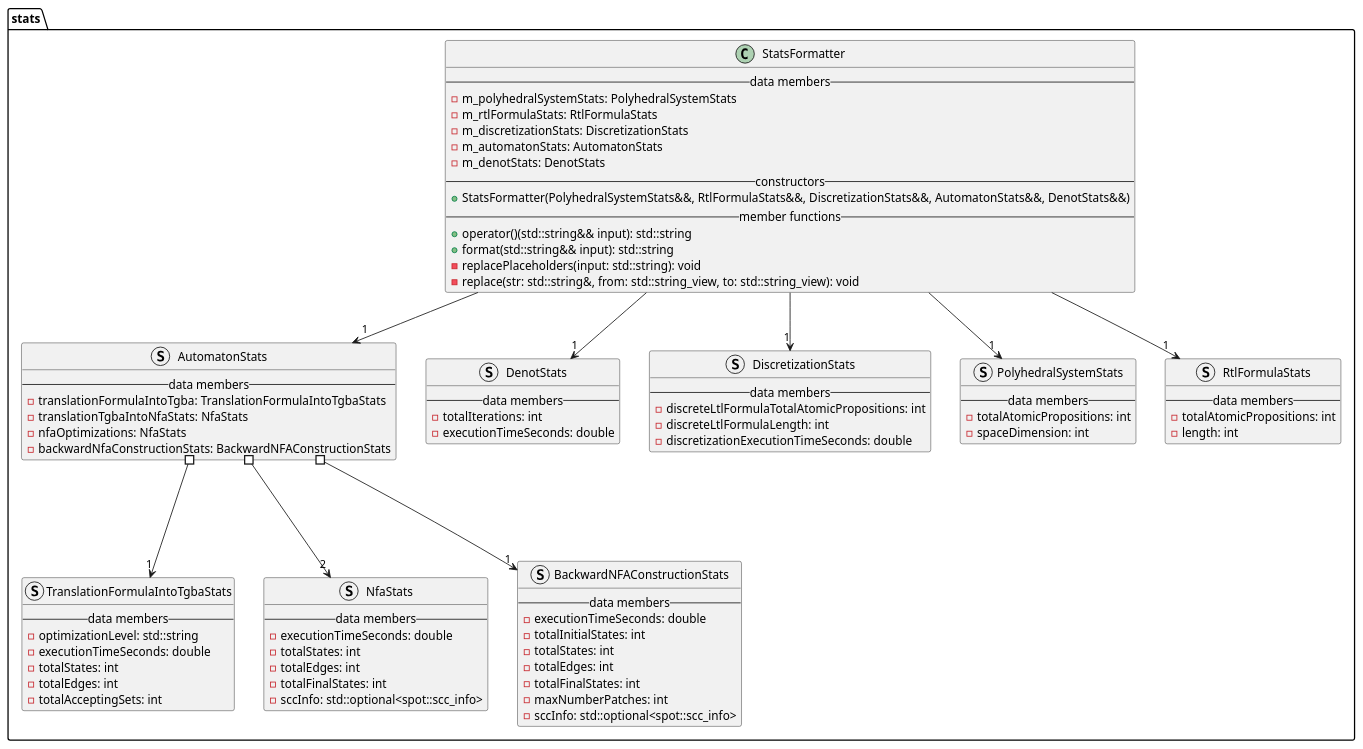
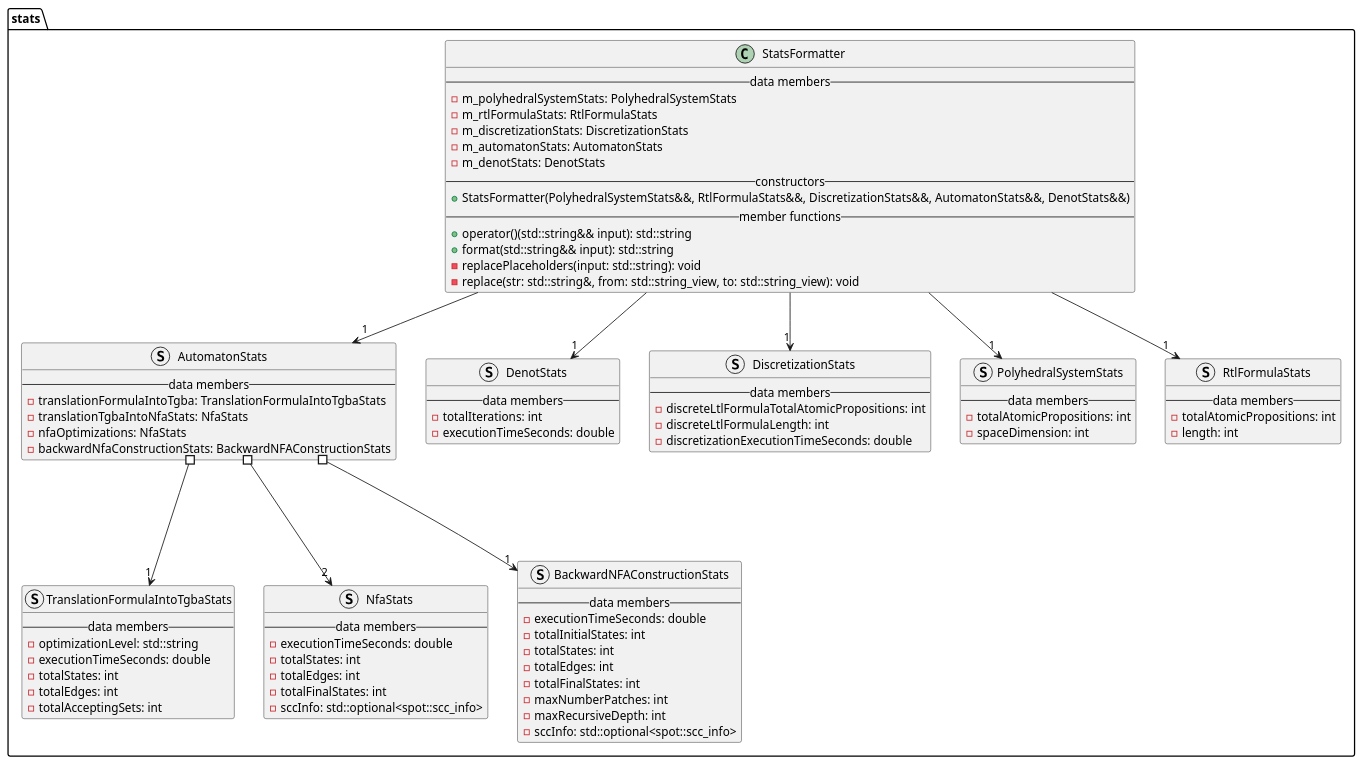
One commit to vtramo/rtl-mc changed the diagram in docs/plantuml/stats.puml. Above: the diagram before and after it, drawn with PlantUML. The commit also changed 7 other files, not shown here.

Commit message:
feat: add max recursive depth in BackwardNFA

```diff
--- a/docs/plantuml/stats.puml
+++ b/docs/plantuml/stats.puml
@@ -1,92 +1,93 @@
 @startuml
 
 package stats {
     struct AutomatonStats {
         --data members--
         -translationFormulaIntoTgba: TranslationFormulaIntoTgbaStats
         -translationTgbaIntoNfaStats: NfaStats
         -nfaOptimizations: NfaStats
         -backwardNfaConstructionStats: BackwardNFAConstructionStats
     }
 
     struct TranslationFormulaIntoTgbaStats {
         --data members--
         -optimizationLevel: std::string
         -executionTimeSeconds: double
         -totalStates: int
         -totalEdges: int
         -totalAcceptingSets: int
     }
 
     struct NfaStats {
         --data members--
         -executionTimeSeconds: double
         -totalStates: int
         -totalEdges: int
         -totalFinalStates: int
         -sccInfo: std::optional<spot::scc_info>
     }
 
     struct BackwardNFAConstructionStats {
         --data members--
         -executionTimeSeconds: double
         -totalInitialStates: int
         -totalStates: int
         -totalEdges: int
         -totalFinalStates: int
         -maxNumberPatches: int
+        -maxRecursiveDepth: int
         -sccInfo: std::optional<spot::scc_info>
     }
 
     struct DenotStats {
         --data members--
         -totalIterations: int
         -executionTimeSeconds: double
     }
 
     struct DiscretizationStats {
         --data members--
         -discreteLtlFormulaTotalAtomicPropositions: int
         -discreteLtlFormulaLength: int
         -discretizationExecutionTimeSeconds: double
     }
 
     struct PolyhedralSystemStats {
         --data members--
         -totalAtomicPropositions: int
         -spaceDimension: int
     }
 
     struct RtlFormulaStats {
         --data members--
         -totalAtomicPropositions: int
         -length: int
     }
 
     class StatsFormatter {
         --data members--
         -m_polyhedralSystemStats: PolyhedralSystemStats
         -m_rtlFormulaStats: RtlFormulaStats
         -m_discretizationStats: DiscretizationStats
         -m_automatonStats: AutomatonStats
         -m_denotStats: DenotStats
         --constructors--
         +StatsFormatter(PolyhedralSystemStats&&, RtlFormulaStats&&, DiscretizationStats&&, AutomatonStats&&, DenotStats&&)
         --member functions--
         +operator()(std::string&& input): std::string
         +format(std::string&& input): std::string
         -replacePlaceholders(input: std::string): void
         -replace(str: std::string&, from: std::string_view, to: std::string_view): void
     }
 
     StatsFormatter --> "1" PolyhedralSystemStats
     StatsFormatter --> "1" RtlFormulaStats
     StatsFormatter --> "1" DiscretizationStats
     StatsFormatter --> "1" AutomatonStats
     StatsFormatter --> "1" DenotStats
     AutomatonStats #---> "1" TranslationFormulaIntoTgbaStats
     AutomatonStats #---> "1" BackwardNFAConstructionStats
     AutomatonStats #---> "2" NfaStats
 }
 
 @enduml
```
